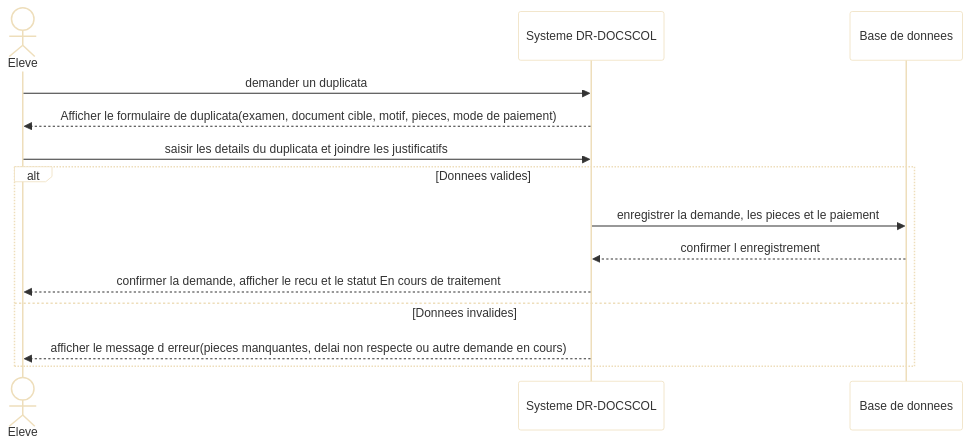
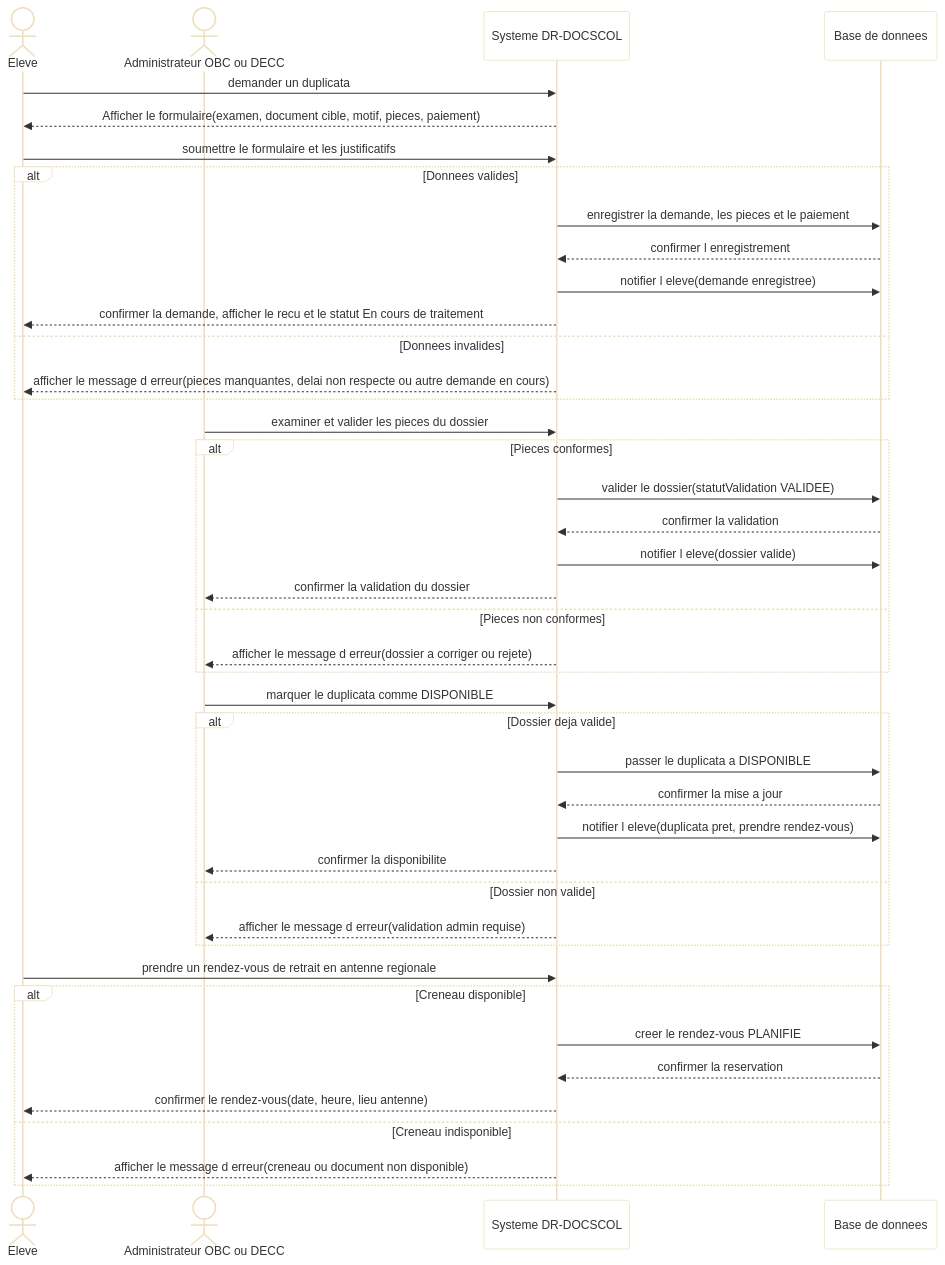
Before and after one commit to yoppanjikamf/application-demande-document-academique: the diagram in docs/diagrammes-mermaid/sequence-05-duplicata-paiement-v3-soutenance.mmd, drawn with Mermaid. The commit also changed 64 other files, not shown here.

```diff
--- a/docs/diagrammes-mermaid/sequence-05-duplicata-paiement-v3-soutenance.mmd
+++ b/docs/diagrammes-mermaid/sequence-05-duplicata-paiement-v3-soutenance.mmd
@@ -1,17 +1,48 @@
 %%{init: {"theme": "base", "themeVariables": {"darkMode": false, "background": "#ffffff", "mainBkg": "#ffffff", "secondaryBkg": "#ffffff", "tertiaryBkg": "#ffffff", "fontFamily": "Arial", "fontSize": "18px", "textColor": "#333333", "lineColor": "#333333", "signalColor": "#333333", "signalTextColor": "#333333"}}}%%
 sequenceDiagram
     actor Eleve
+    actor Admin as Administrateur OBC ou DECC
     participant Sys as Systeme DR-DOCSCOL
     participant DB as Base de donnees
 
     Eleve->>Sys: demander un duplicata
-    Sys-->>Eleve: Afficher le formulaire de duplicata(examen, document cible, motif, pieces, mode de paiement)
-    Eleve->>Sys: saisir les details du duplicata et joindre les justificatifs
+    Sys-->>Eleve: Afficher le formulaire(examen, document cible, motif, pieces, paiement)
+    Eleve->>Sys: soumettre le formulaire et les justificatifs
 
     alt Donnees valides
         Sys->>DB: enregistrer la demande, les pieces et le paiement
         DB-->>Sys: confirmer l enregistrement
+        Sys->>DB: notifier l eleve(demande enregistree)
         Sys-->>Eleve: confirmer la demande, afficher le recu et le statut En cours de traitement
     else Donnees invalides
         Sys-->>Eleve: afficher le message d erreur(pieces manquantes, delai non respecte ou autre demande en cours)
     end
+
+    Admin->>Sys: examiner et valider les pieces du dossier
+    alt Pieces conformes
+        Sys->>DB: valider le dossier(statutValidation VALIDEE)
+        DB-->>Sys: confirmer la validation
+        Sys->>DB: notifier l eleve(dossier valide)
+        Sys-->>Admin: confirmer la validation du dossier
+    else Pieces non conformes
+        Sys-->>Admin: afficher le message d erreur(dossier a corriger ou rejete)
+    end
+
+    Admin->>Sys: marquer le duplicata comme DISPONIBLE
+    alt Dossier deja valide
+        Sys->>DB: passer le duplicata a DISPONIBLE
+        DB-->>Sys: confirmer la mise a jour
+        Sys->>DB: notifier l eleve(duplicata pret, prendre rendez-vous)
+        Sys-->>Admin: confirmer la disponibilite
+    else Dossier non valide
+        Sys-->>Admin: afficher le message d erreur(validation admin requise)
+    end
+
+    Eleve->>Sys: prendre un rendez-vous de retrait en antenne regionale
+    alt Creneau disponible
+        Sys->>DB: creer le rendez-vous PLANIFIE
+        DB-->>Sys: confirmer la reservation
+        Sys-->>Eleve: confirmer le rendez-vous(date, heure, lieu antenne)
+    else Creneau indisponible
+        Sys-->>Eleve: afficher le message d erreur(creneau ou document non disponible)
+    end
```
